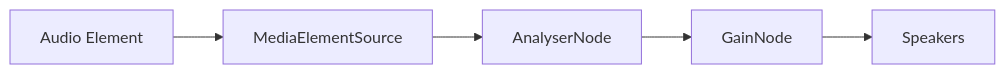
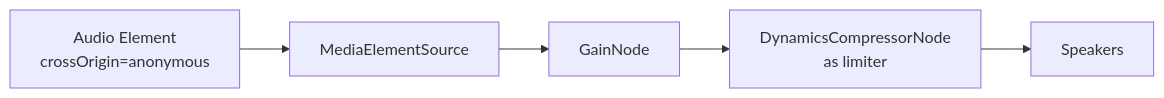
One commit to nathan-abela/kollox-fm changed the diagram in docs/audio-normalization.md. Above: the diagram before and after it, drawn with Mermaid. The commit also changed other lines of this file, not shown here.

````diff
--- a/docs/audio-normalization.md
+++ b/docs/audio-normalization.md
@@ -75,10 +69,10 @@
 ```mermaid
 graph LR
-  Audio[Audio Element]
+  Audio[Audio Element<br/>crossOrigin=anonymous]
   Source[MediaElementSource]
-  Analyser[AnalyserNode]
   Gain[GainNode]
+  Limiter[DynamicsCompressorNode<br/>as limiter]
   Speakers[Speakers]
 
-  Audio --> Source --> Analyser --> Gain --> Speakers
+  Audio --> Source --> Gain --> Limiter --> Speakers
 ```
````
